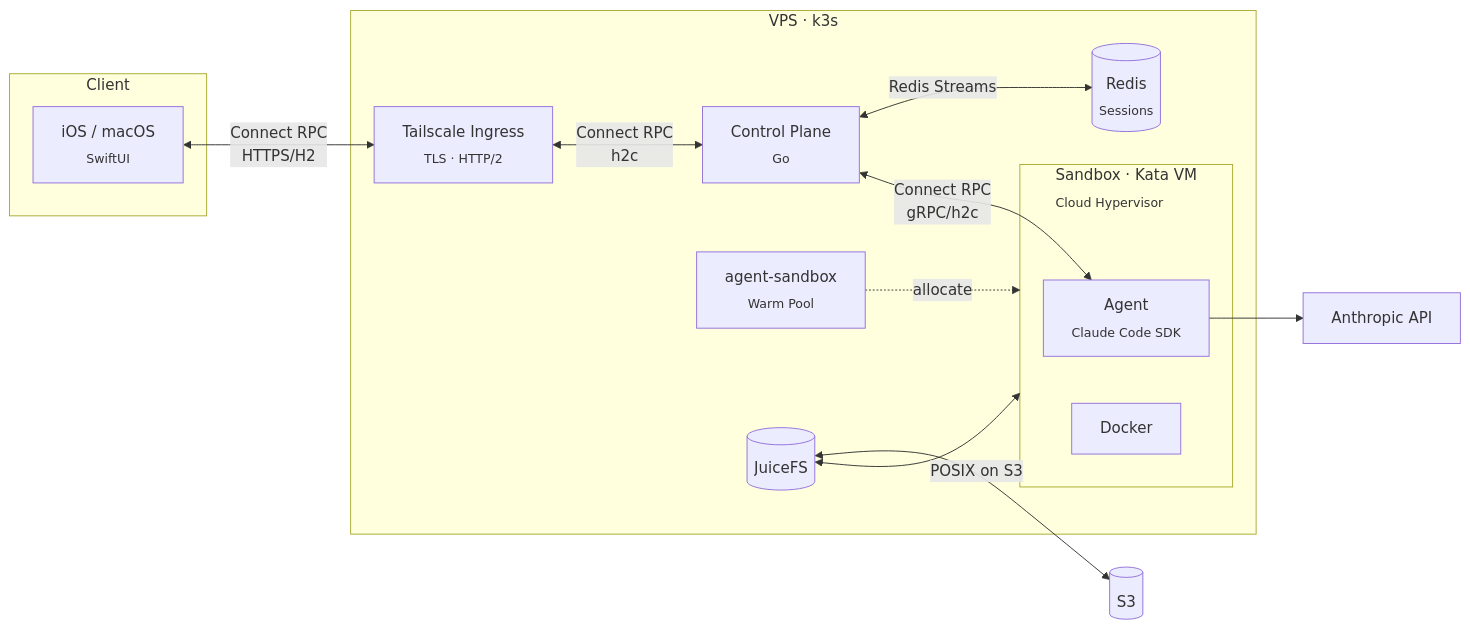
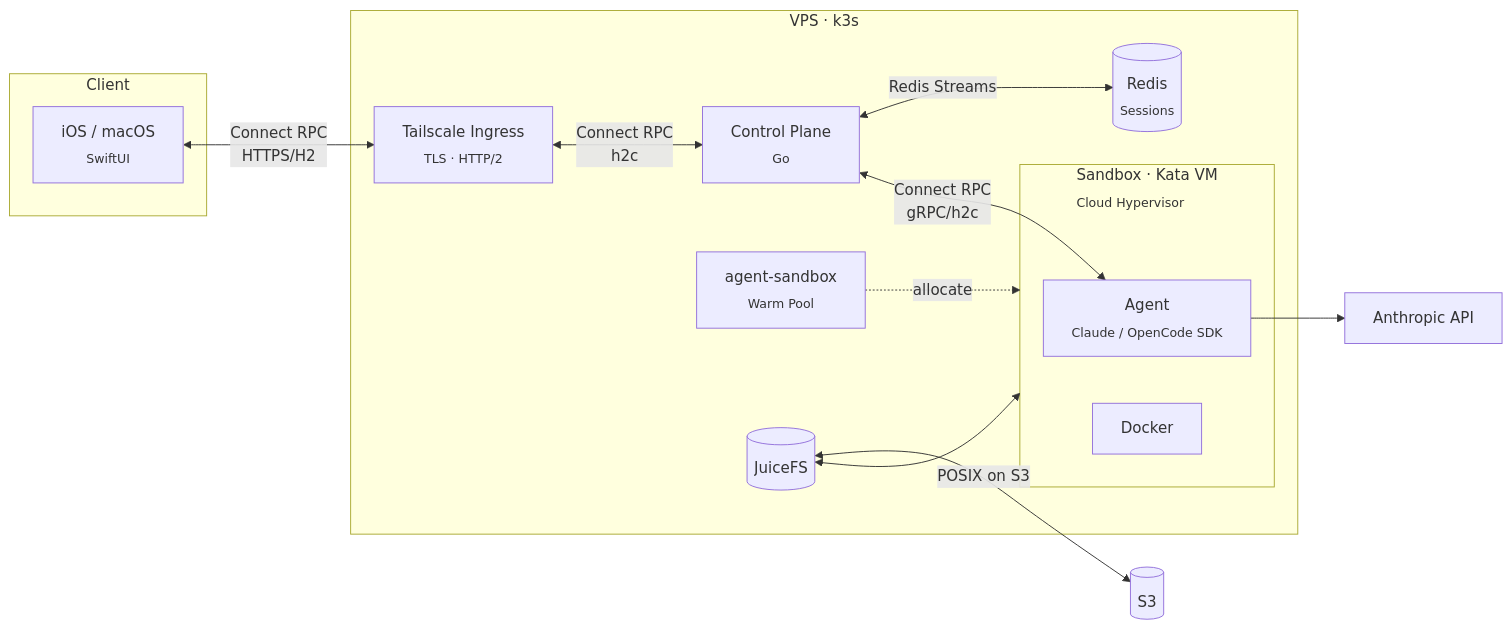
One commit to evertonstz/netclodinho changed the first of 2 diagrams in README.md. Above: the diagram before and after it, drawn with Mermaid. The commit also changed other lines of this file and 31 other files, not shown here.

First line of the commit message:
feat: add multi-SDK support (Claude + OpenCode)

````diff
--- a/README.md
+++ b/README.md
@@ -22,31 +22,31 @@
 ```mermaid
 flowchart LR
     subgraph CLIENT["Client"]
         APP["iOS / macOS<br/><sub>SwiftUI</sub>"]
     end
 
     subgraph VPS["VPS · k3s"]
         TS["Tailscale Ingress<br/><sub>TLS · HTTP/2</sub>"]
         CP["Control Plane<br/><sub>Go</sub>"]
         REDIS[("Redis<br/><sub>Sessions</sub>")]
         POOL["agent-sandbox<br/><sub>Warm Pool</sub>"]
         JFS[("JuiceFS")]
 
         subgraph SANDBOX["Sandbox · Kata VM<br/><sub>Cloud Hypervisor</sub>"]
-            AGENT["Agent<br/><sub>Claude Code SDK</sub>"]
+            AGENT["Agent<br/><sub>Claude / OpenCode SDK</sub>"]
             DOCKER["Docker"]
         end
     end
 
     S3[("S3")]
     ANTHROPIC["Anthropic API"]
 
     APP <-->|"Connect RPC<br/>HTTPS/H2"| TS
     TS <-->|"Connect RPC<br/>h2c"| CP
     CP <-->|"Redis Streams"| REDIS
     CP <-->|"Connect RPC<br/>gRPC/h2c"| AGENT
     POOL -.->|"allocate"| SANDBOX
     JFS <--> SANDBOX
     JFS <-->|"POSIX on S3"| S3
     AGENT --> ANTHROPIC
 ```
````
